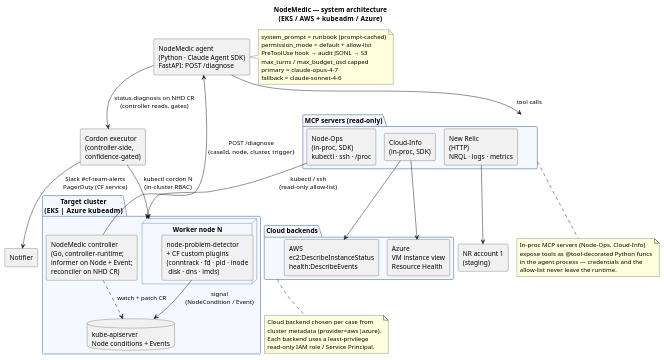
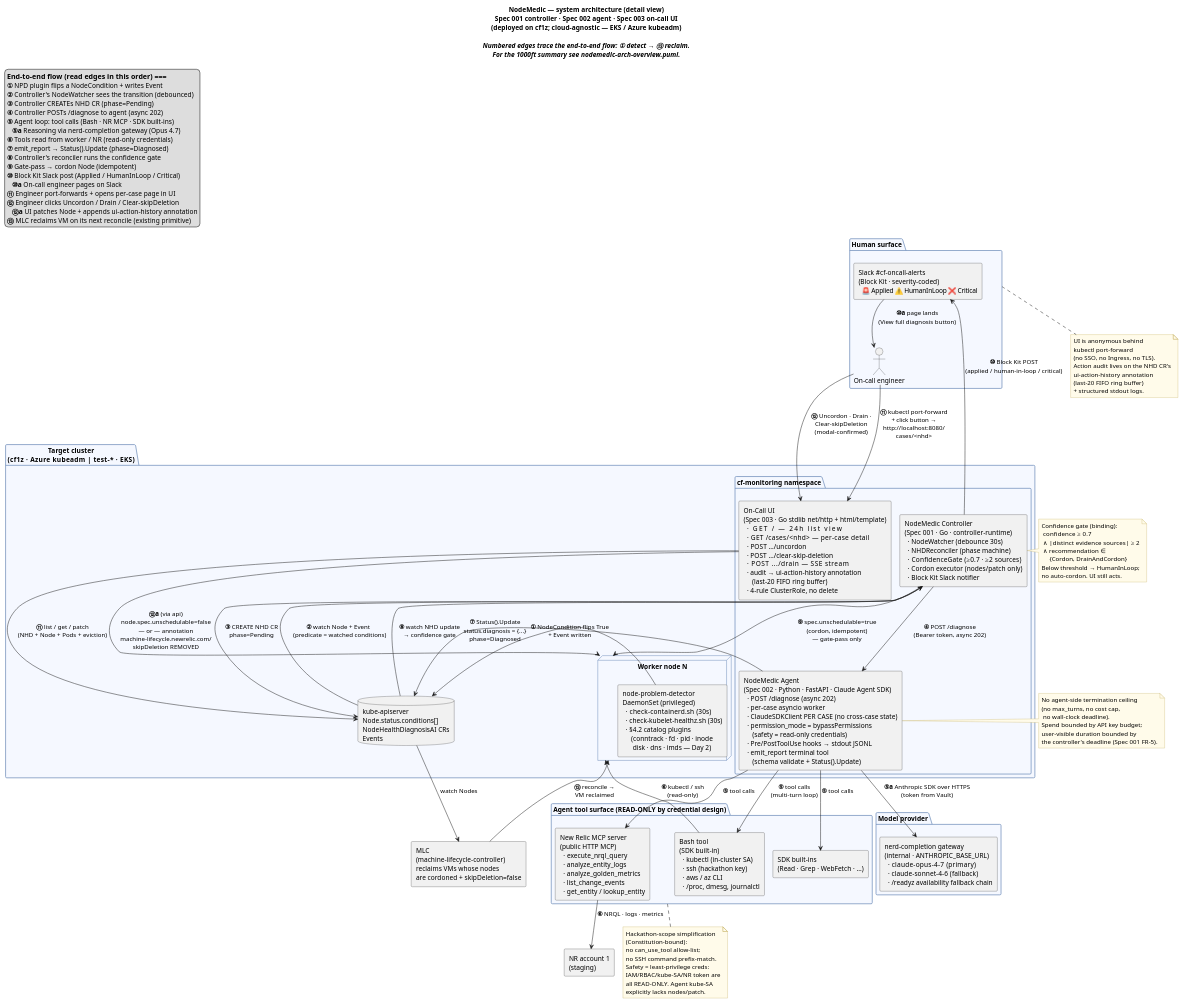
The diagram in docs/cf/diagrams/nodemedic-arch.puml (newrelic-forks/node-medic-agent), drawn with PlantUML before and after one commit. The commit also changed 5 other files, not shown here.

First line of the commit message:
nodemedic(docs): refresh README + design docs to reflect implemented stack

```diff
--- a/docs/cf/diagrams/nodemedic-arch.puml
+++ b/docs/cf/diagrams/nodemedic-arch.puml
@@ -1,90 +1,168 @@
 @startuml nodemedic-arch
-' NodeMedic — system architecture (cloud-agnostic: EKS + Azure kubeadm)
-' smetana is PlantUML's built-in layout engine — no external graphviz/dot needed.
+' NodeMedic — system architecture (as implemented for AFA 2026)
+' Reflects Spec 001 controller + Spec 002 agent + Spec 003 on-call UI,
+' all live on cf1z (Azure kubeadm). Same image / chart / runbook works
+' on AWS EKS — only credentials change per install.
+'
+' smetana is PlantUML's built-in layout engine — no graphviz needed.
 !pragma layout smetana
 skinparam shadowing false
 skinparam componentStyle rectangle
 skinparam rectangleBackgroundColor #FAFAFA
 skinparam packageBackgroundColor  #F5F8FF
 skinparam packageBorderColor      #6B8AB8
+skinparam noteBackgroundColor     #FFFBEA
+skinparam noteBorderColor         #B59A3B
 
-title NodeMedic — system architecture\n(EKS / AWS  +  kubeadm / Azure)
+title NodeMedic — system architecture (detail view)\nSpec 001 controller · Spec 002 agent · Spec 003 on-call UI\n(deployed on cf1z; cloud-agnostic — EKS / Azure kubeadm)\n\n//Numbered edges trace the end-to-end flow: ① detect → ⑬ reclaim.//\n//For the 1000ft summary see nodemedic-arch-overview.puml.//
+
+legend top left
+=== End-to-end flow (read edges in this order) ===
+**①** NPD plugin flips a NodeCondition + writes Event
+**②** Controller's NodeWatcher sees the transition (debounced)
+**③** Controller CREATEs NHD CR (phase=Pending)
+**④** Controller POSTs /diagnose to agent (async 202)
+**⑤** Agent loop: tool calls (Bash · NR MCP · SDK built-ins)
+   **⑤a** Reasoning via nerd-completion gateway (Opus 4.7)
+**⑥** Tools read from worker / NR (read-only credentials)
+**⑦** emit_report → Status().Update (phase=Diagnosed)
+**⑧** Controller's reconciler runs the confidence gate
+**⑨** Gate-pass → cordon Node (idempotent)
+**⑩** Block Kit Slack post (Applied / HumanInLoop / Critical)
+   **⑩a** On-call engineer pages on Slack
+**⑪** Engineer port-forwards + opens per-case page in UI
+**⑫** Engineer clicks Uncordon / Drain / Clear-skipDeletion
+   **⑫a** UI patches Node + appends ui-action-history annotation
+**⑬** MLC reclaims VM on its next reconcile (existing primitive)
+endlegend
 
 ' ============================================================
-' DETECTION PLANE — runs on every target cluster (EKS or kubeadm)
+' DETECTION PLANE — runs on every target cluster
 ' ============================================================
-package "Target cluster\n(EKS  |  Azure kubeadm)" as cluster {
+package "Target cluster\n(cf1z · Azure kubeadm    |    test-* · EKS)" as cluster {
+
   node "Worker node N" as wn {
-    component "node-problem-detector\n+ CF custom plugins\n(conntrack · fd · pid · inode\n disk · dns · imds)" as npd
+    component "node-problem-detector\nDaemonSet (privileged)\n  · check-containerd.sh   (30s)\n  · check-kubelet-healthz.sh (30s)\n  · §4.2 catalog plugins\n     (conntrack · fd · pid · inode\n      disk · dns · imds — Day 2)" as npd
   }
-  database "kube-apiserver\nNode conditions + Events" as api
-  component "NodeMedic controller\n(Go, controller-runtime;\ninformer on Node + Event;\nreconciler on NHD CR)" as ctrl
 
-  npd  --> api : signal\n(NodeCondition / Event)
-  ctrl ..> api : watch + patch CR
+  database "kube-apiserver\nNode.status.conditions[]\nNodeHealthDiagnosisAI CRs\nEvents" as api
+
+  ' ----------------------------------------------------------
+  ' Spec 001 — controller
+  ' ----------------------------------------------------------
+  package "cf-monitoring namespace" as ns {
+
+    component "NodeMedic Controller\n(Spec 001 · Go · controller-runtime)\n  · NodeWatcher (debounce 30s)\n  · NHDReconciler (phase machine)\n  · ConfidenceGate (≥0.7 · ≥2 sources)\n  · Cordon executor (nodes/patch only)\n  · Block Kit Slack notifier" as ctrl
+
+    ' ----------------------------------------------------------
+    ' Spec 002 — agent
+    ' ----------------------------------------------------------
+    component "NodeMedic Agent\n(Spec 002 · Python · FastAPI · Claude Agent SDK)\n  · POST /diagnose (async 202)\n  · per-case asyncio worker\n  · ClaudeSDKClient PER CASE (no cross-case state)\n  · permission_mode = bypassPermissions\n     (safety = read-only credentials)\n  · Pre/PostToolUse hooks → stdout JSONL\n  · emit_report terminal tool\n     (schema validate + Status().Update)" as agent
+
+    ' ----------------------------------------------------------
+    ' Spec 003 — on-call UI
+    ' ----------------------------------------------------------
+    component "On-Call UI\n(Spec 003 · Go stdlib net/http + html/template)\n  · GET /                 — 24h list view\n  · GET /cases/<nhd>      — per-case detail\n  · POST .../uncordon\n  · POST .../clear-skip-deletion\n  · POST .../drain        — SSE stream\n  · audit → ui-action-history annotation\n     (last-20 FIFO ring buffer)\n  · 4-rule ClusterRole, no delete" as ui
+  }
+
+  npd  --> api : **①** NodeCondition flips True\n+ Event written
+  api  --> ctrl : **②** watch Node + Event\n  (predicate = watched conditions)
+  ctrl --> api : **③** CREATE NHD CR\nphase=Pending
+  ctrl --> agent : **④** POST /diagnose\n(Bearer token, async 202)
+  agent --> api  : **⑦** Status().Update\nstatus.diagnosis = {...}\nphase=Diagnosed
+  api  --> ctrl  : **⑧** watch NHD update\n→ confidence gate
+  ctrl --> wn    : **⑨** spec.unschedulable=true\n(cordon, idempotent)\n— gate-pass only
+  ui   --> api   : **⑪** list / get / patch\n(NHD + Node + Pods + eviction)
 }
 
 ' ============================================================
-' AGENT RUNTIME — single deployment, serves all target clusters
+' AGENT TOOL PLANE — read-only investigation surface
 ' ============================================================
-component "NodeMedic agent\n(Python · Claude Agent SDK)\nFastAPI: POST /diagnose" as agent
-ctrl --> agent : POST /diagnose\n{caseId, node, cluster, trigger}
+package "Agent tool surface (READ-ONLY by credential design)" as tools {
+
+  component "Bash tool\n(SDK built-in)\n  · kubectl (in-cluster SA)\n  · ssh (hackathon key)\n  · aws / az CLI\n  · /proc, dmesg, journalctl" as bashtool
+
+  component "New Relic MCP server\n(public HTTP MCP)\n  · execute_nrql_query\n  · analyze_entity_logs\n  · analyze_golden_metrics\n  · list_change_events\n  · get_entity / lookup_entity" as nrmcp
+
+  component "SDK built-ins\n(Read · Grep · WebFetch · ...)" as sdkbuiltins
+}
+
+agent --> bashtool      : **⑤** tool calls\n(multi-turn loop)
+agent --> nrmcp         : **⑤** tool calls
+agent --> sdkbuiltins   : **⑤** tool calls
+bashtool --> wn         : **⑥** kubectl / ssh\n(read-only)
+nrmcp --> [NR account 1\n(staging)] : **⑥** NRQL · logs · metrics
 
 ' ============================================================
-' TOOL PLANE — read-only investigation surface
+' MODEL PROVIDER
 ' ============================================================
-package "MCP servers (read-only)" as mcp {
-  component "Node-Ops\n(in-proc, SDK)\nkubectl · ssh · /proc"  as nodeops
-  component "Cloud-Info\n(in-proc, SDK)"                      as cloudinfo
-  component "New Relic\n(HTTP)\nNRQL · logs · metrics"        as nrmcp
+package "Model provider" as models {
+  component "nerd-completion gateway\n(internal · ANTHROPIC_BASE_URL)\n  · claude-opus-4-7    (primary)\n  · claude-sonnet-4-6  (fallback)\n  · /readyz availability fallback chain" as nerd
 }
-agent --> mcp : tool calls
-
-' Cloud-Info has two backends, picked from the case's clusterName/provider tag
-package "Cloud backends" as clouds {
-  component "AWS\nec2:DescribeInstanceStatus\nhealth:DescribeEvents" as aws
-  component "Azure\nVM instance view\nResource Health"             as azure
-}
-cloudinfo --> aws
-cloudinfo --> azure
-
-nodeops --> wn : kubectl / ssh\n(read-only allow-list)
-nrmcp   --> [NR account 1\n(staging)]
+agent --> nerd : **⑤a** Anthropic SDK over HTTPS\n(token from Vault)
 
 ' ============================================================
-' ACTION PLANE
+' HUMAN-IN-THE-LOOP PLANE
 ' ============================================================
-component "Cordon executor\n(controller-side,\nconfidence-gated)" as cordon
-agent  --> cordon : status.diagnosis on NHD CR\n(controller reads, gates)
-cordon --> wn     : kubectl cordon N\n(in-cluster RBAC)
+package "Human surface" as humans {
+  actor "On-call engineer" as eng
+  component "Slack #cf-oncall-alerts\n(Block Kit · severity-coded)\n  🚨 Applied   ⚠️ HumanInLoop   ❌ Critical" as slack
+}
 
-component "Notifier" as notify
-cordon --> notify : Slack #cf-team-alerts\nPagerDuty (CF service)
+ctrl --> slack : **⑩** Block Kit POST\n(applied / human-in-loop / critical)
+slack --> eng  : **⑩a** page lands\n(View full diagnosis button)
+eng --> ui : **⑪** kubectl port-forward\n+ click button →\nhttp://localhost:8080/\ncases/<nhd>
+eng --> ui : **⑫** Uncordon · Drain ·\nClear-skipDeletion\n(modal-confirmed)
+
+' ============================================================
+' DOWNSTREAM REMEDIATION (existing platform primitive)
+' ============================================================
+component "MLC\n(machine-lifecycle-controller)\nreclaims VMs whose nodes\nare cordoned + skipDeletion=false" as mlc
+ui  --> wn  : **⑫a** (via api)\nnode.spec.unschedulable=false\n— or — annotation\nmachine-lifecycle.newrelic.com/\nskipDeletion REMOVED
+mlc --> wn  : **⑬** reconcile →\nVM reclaimed
+api --> mlc : watch Nodes
 
 ' ============================================================
 ' Side notes
 ' ============================================================
 note right of agent
-  system_prompt = runbook (prompt-cached)
-  permission_mode = default + allow-list
-  PreToolUse hook → audit JSONL → S3
-  max_turns / max_budget_usd capped
-  primary  = claude-opus-4-7
-  fallback = claude-sonnet-4-6
+  No agent-side termination ceiling
+  (no max_turns, no cost cap,
+   no wall-clock deadline).
+  Spend bounded by API key budget;
+  user-visible duration bounded by
+  the controller's deadline (Spec 001 FR-5).
 end note
 
-note bottom of mcp
-  In-proc MCP servers (Node-Ops, Cloud-Info)
-  expose tools as @tool-decorated Python funcs
-  in the agent process — credentials and the
-  allow-list never leave the runtime.
+note bottom of tools
+  Hackathon-scope simplification
+  (Constitution-bound):
+  no can_use_tool allow-list;
+  no SSH command prefix-match.
+  Safety = least-privilege creds:
+  IAM/RBAC/kube-SA/NR token are
+  all READ-ONLY. Agent kube-SA
+  explicitly lacks nodes/patch.
 end note
 
-note bottom of clouds
-  Cloud backend chosen per case from
-  cluster metadata (provider=aws|azure).
-  Each backend uses a least-privilege
-  read-only IAM role / Service Principal.
+note bottom of humans
+  UI is anonymous behind
+  kubectl port-forward
+  (no SSO, no Ingress, no TLS).
+  Action audit lives on the NHD CR's
+  ui-action-history annotation
+  (last-20 FIFO ring buffer)
+  + structured stdout logs.
+end note
+
+note right of ctrl
+  Confidence gate (binding):
+   confidence ≥ 0.7
+   ∧ |distinct evidence sources| ≥ 2
+   ∧ recommendation ∈
+       {Cordon, DrainAndCordon}
+  Below threshold → HumanInLoop;
+  no auto-cordon. UI still acts.
 end note
 
 @enduml
```
